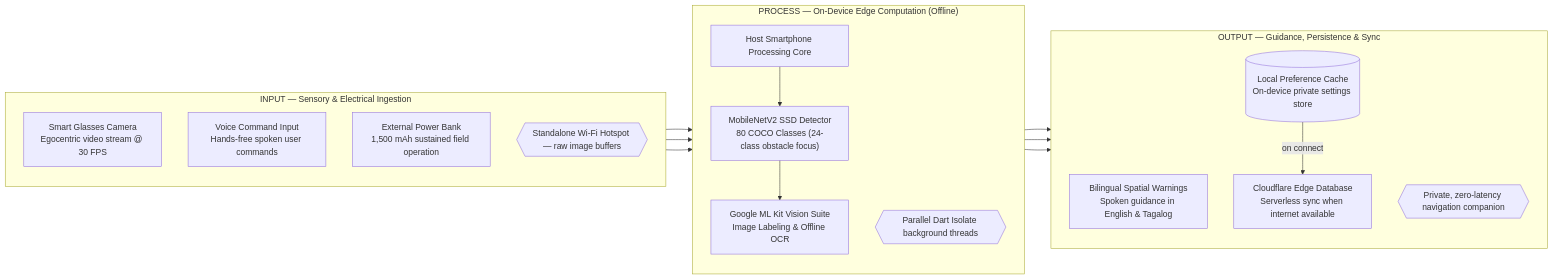
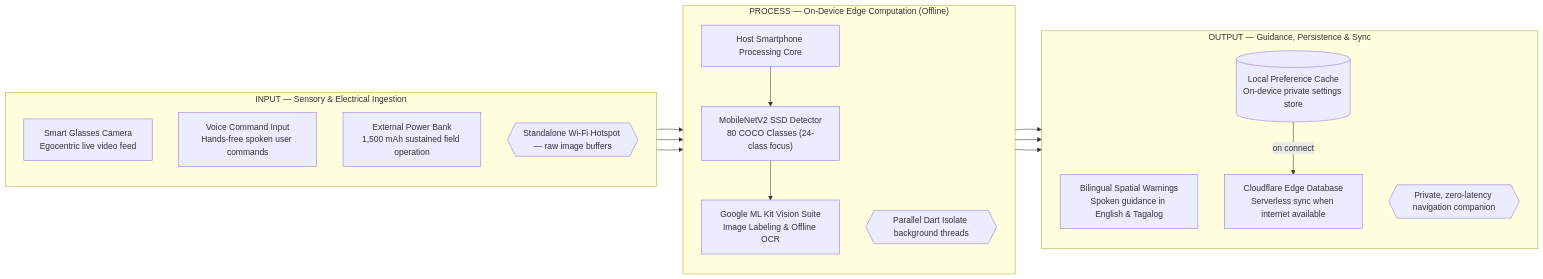
The second of 4 diagrams in docs/architecture/conceptual_framework.md (Thes-IS-IT/Easylens), drawn with Mermaid before and after one commit. The commit also changed other lines of this file, not shown here.

Commit message:
docs: fix Mermaid text truncation with explicit line breaks and remove 30 FPS from input

````diff
--- a/docs/architecture/conceptual_framework.md
+++ b/docs/architecture/conceptual_framework.md
@@ -48,38 +48,38 @@
 ```mermaid
 flowchart LR
     subgraph INPUT ["INPUT — Sensory & Electrical Ingestion"]
         direction TB
-        CAM["Smart Glasses Camera\nEgocentric video stream @ 30 FPS"]
-        VOICE["Voice Command Input\nHands-free spoken user commands"]
-        PWR["External Power Bank\n1,500 mAh sustained field operation"]
+        CAM["Smart Glasses Camera<br/>Egocentric live video feed"]
+        VOICE["Voice Command Input<br/>Hands-free spoken user commands"]
+        PWR["External Power Bank<br/>1,500 mAh sustained field operation"]
         WIFI_TAG{{"Standalone Wi-Fi Hotspot — raw image buffers"}}
     end
 
     subgraph PROCESS ["PROCESS — On-Device Edge Computation (Offline)"]
         direction TB
         PHONE["Host Smartphone Processing Core"]
-        SSD["MobileNetV2 SSD Detector\n80 COCO Classes (24-class obstacle focus)"]
-        MLKIT["Google ML Kit Vision Suite\nImage Labeling & Offline OCR"]
+        SSD["MobileNetV2 SSD Detector<br/>80 COCO Classes (24-class focus)"]
+        MLKIT["Google ML Kit Vision Suite<br/>Image Labeling & Offline OCR"]
         ISOLATE_TAG{{"Parallel Dart Isolate background threads"}}
         
         PHONE --> SSD
         SSD --> MLKIT
     end
 
     subgraph OUTPUT ["OUTPUT — Guidance, Persistence & Sync"]
         direction TB
-        WARN["Bilingual Spatial Warnings\nSpoken guidance in English & Tagalog"]
-        CACHE[("Local Preference Cache\nOn-device private settings store")]
-        CLOUD["Cloudflare Edge Database\nServerless sync when internet available"]
+        WARN["Bilingual Spatial Warnings<br/>Spoken guidance in English & Tagalog"]
+        CACHE[("Local Preference Cache<br/>On-device private settings store")]
+        CLOUD["Cloudflare Edge Database<br/>Serverless sync when internet available"]
         COMPANION_TAG{{"Private, zero-latency navigation companion"}}
         
         CACHE -->|"on connect"| CLOUD
     end
 
     CAM --> PHONE
     VOICE --> PHONE
     PWR --> ISOLATE_TAG
     SSD --> WARN
     MLKIT --> WARN
     SSD --> CACHE
 ```
````
